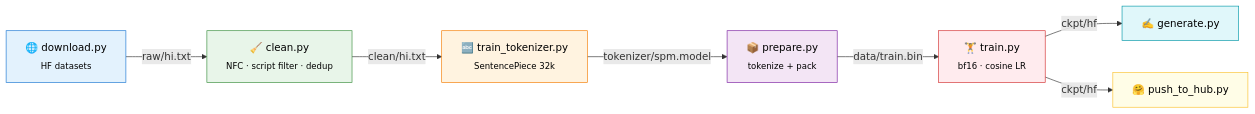
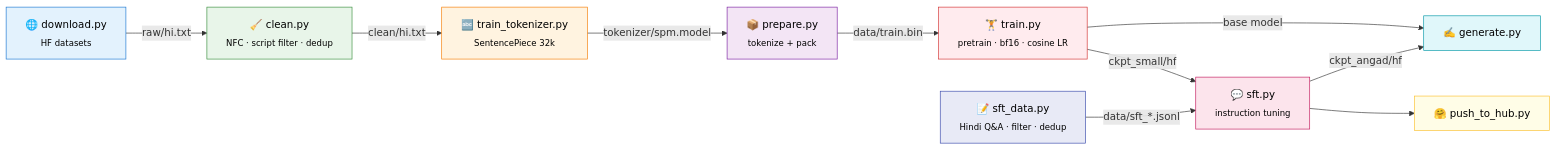
The diagram in README.md (ashishpatel26/Indian-Language-llm-model), drawn with Mermaid before and after one commit. The commit also changed other lines of this file and 1 other file, not shown here.

Commit message:
README: Ramayana Series models, results, SFT pipeline; add Apache-2.0 LICENSE

````diff
--- a/README.md
+++ b/README.md
@@ -76,17 +151,22 @@
 ```mermaid
 flowchart LR
     A["🌐 download.py<br/><sub>HF datasets</sub>"] -->|raw/hi.txt| B["🧹 clean.py<br/><sub>NFC · script filter · dedup</sub>"]
     B -->|clean/hi.txt| C["🔤 train_tokenizer.py<br/><sub>SentencePiece 32k</sub>"]
     C -->|tokenizer/spm.model| D["📦 prepare.py<br/><sub>tokenize + pack</sub>"]
-    D -->|data/train.bin| E["🏋️ train.py<br/><sub>bf16 · cosine LR</sub>"]
-    E -->|ckpt/hf| F["✍️ generate.py"]
-    E -->|ckpt/hf| G["🤗 push_to_hub.py"]
+    D -->|data/train.bin| E["🏋️ train.py<br/><sub>pretrain · bf16 · cosine LR</sub>"]
+    E -->|ckpt_small/hf| H["💬 sft.py<br/><sub>instruction tuning</sub>"]
+    S["📝 sft_data.py<br/><sub>Hindi Q&A · filter · dedup</sub>"] -->|data/sft_*.jsonl| H
+    E -->|base model| F["✍️ generate.py"]
+    H -->|ckpt_angad/hf| F
+    H --> G["🤗 push_to_hub.py"]
 
     style A fill:#e3f2fd,stroke:#1976d2,color:#000
     style B fill:#e8f5e9,stroke:#388e3c,color:#000
     style C fill:#fff3e0,stroke:#f57c00,color:#000
     style D fill:#f3e5f5,stroke:#7b1fa2,color:#000
     style E fill:#ffebee,stroke:#d32f2f,color:#000
+    style S fill:#e8eaf6,stroke:#3949ab,color:#000
+    style H fill:#fce4ec,stroke:#c2185b,color:#000
     style F fill:#e0f7fa,stroke:#0097a7,color:#000
     style G fill:#fffde7,stroke:#fbc02d,color:#000
 ```
````
